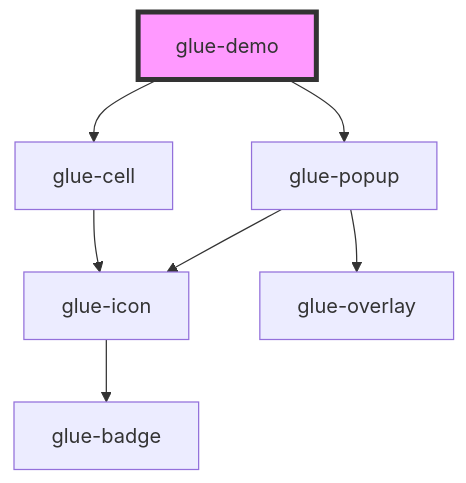
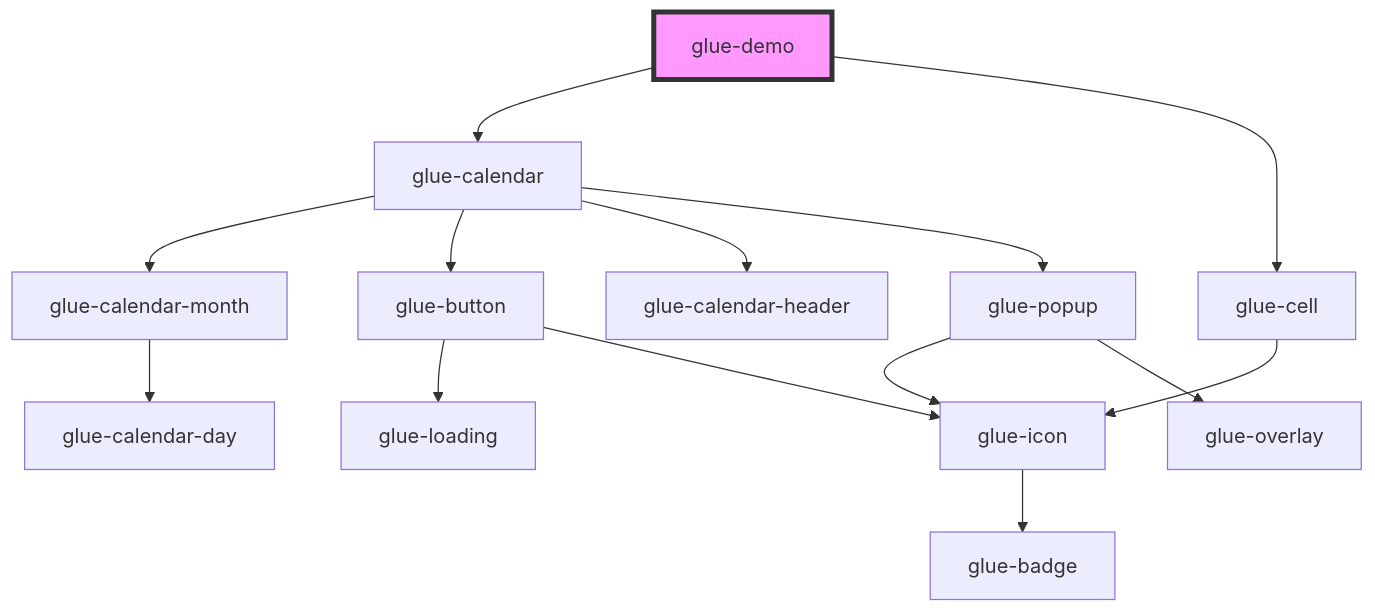
One commit to grasilife/glue changed the diagram in packages/glue-components/src/components/glue-demo/readme.md. Above: the diagram before and after it, drawn with Mermaid. The commit also changed other lines of this file and 13 other files, not shown here.

````diff
--- a/packages/glue-components/src/components/glue-demo/readme.md
+++ b/packages/glue-components/src/components/glue-demo/readme.md
@@ -16,10 +16,17 @@
 ```mermaid
 graph TD;
+  glue-demo --> glue-calendar
   glue-demo --> glue-cell
-  glue-demo --> glue-popup
-  glue-cell --> glue-icon
+  glue-calendar --> glue-calendar-month
+  glue-calendar --> glue-button
+  glue-calendar --> glue-calendar-header
+  glue-calendar --> glue-popup
+  glue-calendar-month --> glue-calendar-day
+  glue-button --> glue-loading
+  glue-button --> glue-icon
   glue-icon --> glue-badge
   glue-popup --> glue-icon
   glue-popup --> glue-overlay
+  glue-cell --> glue-icon
   style glue-demo fill:#f9f,stroke:#333,stroke-width:4px
 ```
````
